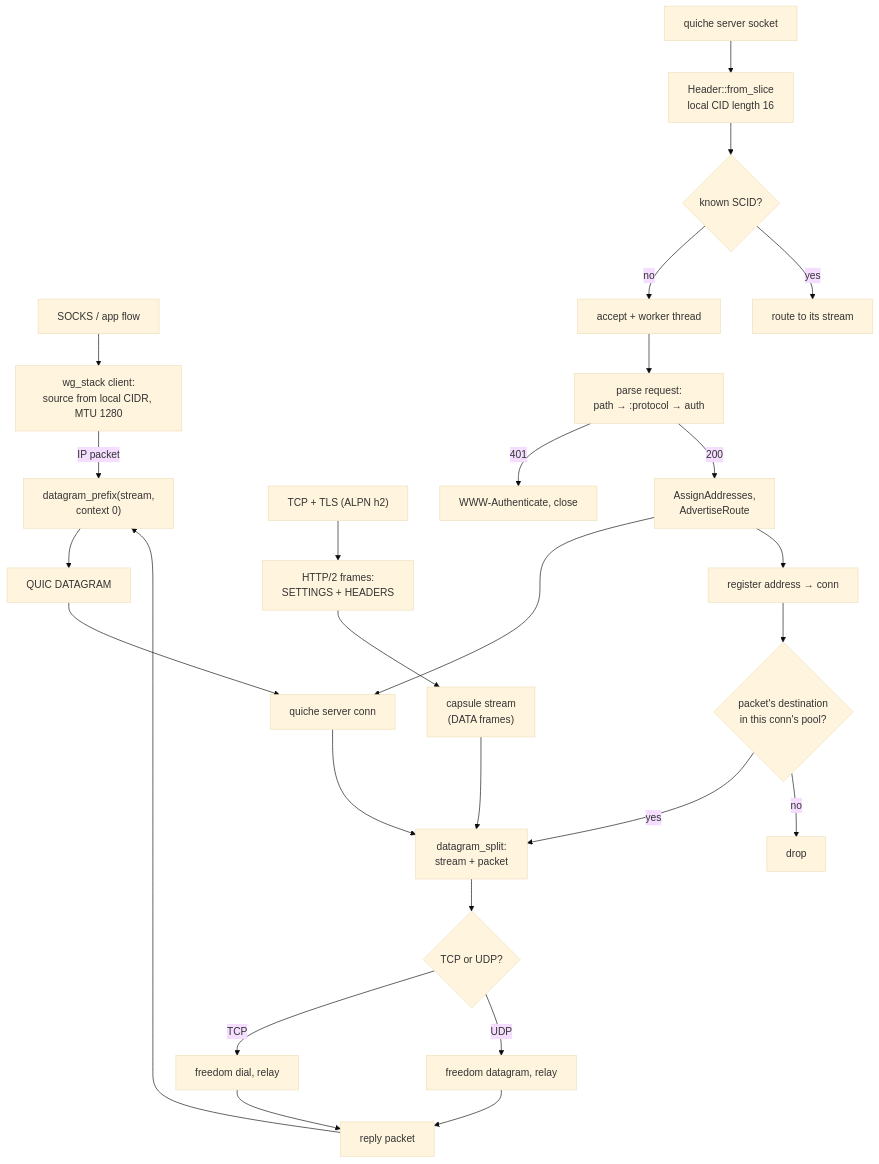
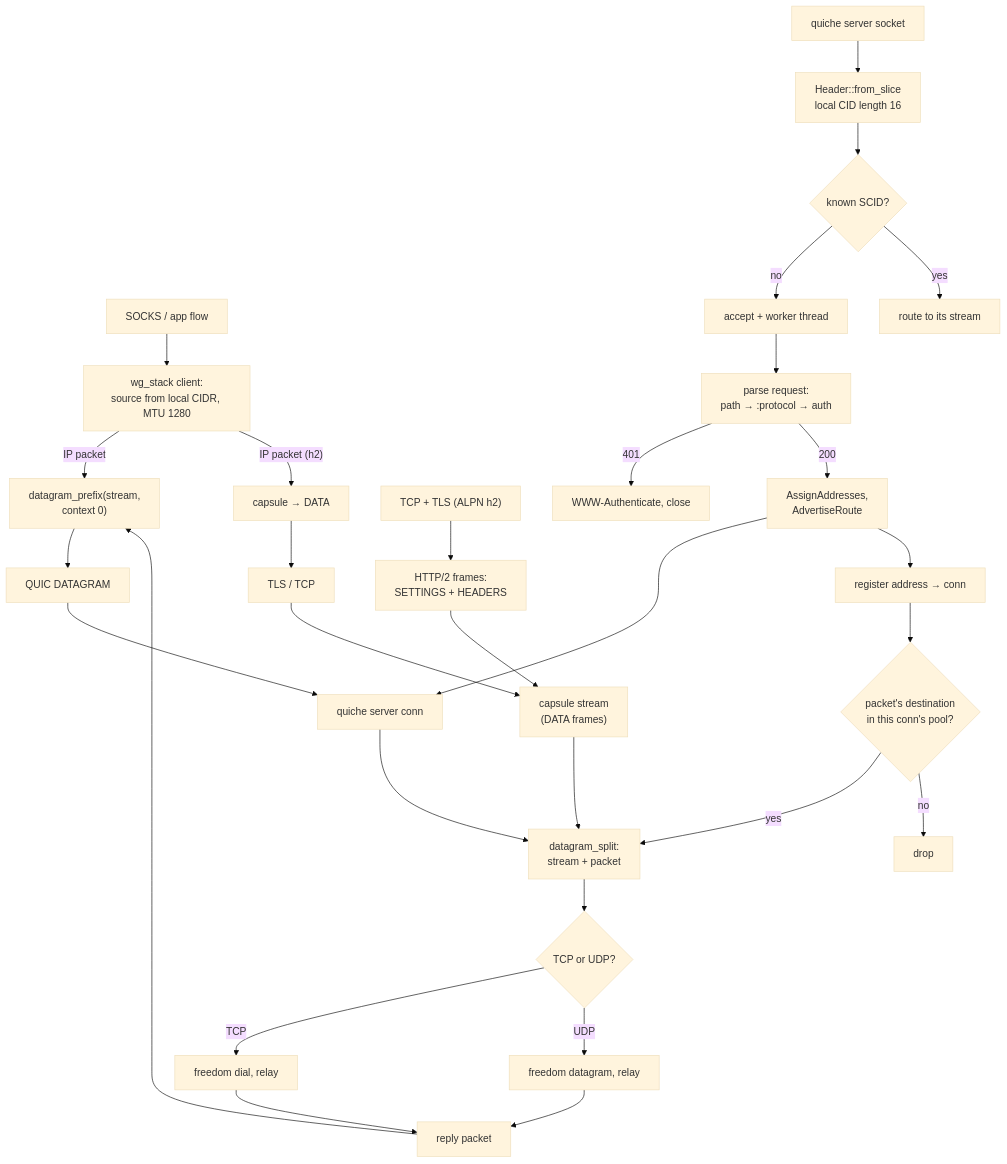
Before and after one commit to Ferrocite/ferrox: the diagram in docs/function/carrier-masque.md, drawn with Mermaid (base theme). The commit also changed other lines of this file and 6 other files, not shown here.

````diff
--- a/docs/function/carrier-masque.md
+++ b/docs/function/carrier-masque.md
@@ -11,28 +11,31 @@
 ```mermaid
 graph TD
     A["SOCKS / app flow"] --> B["wg_stack client:<br/>source from local CIDR, MTU 1280"]
     B -- "IP packet" --> C["datagram_prefix(stream,<br/>context 0)"]
     C --> D["QUIC DATAGRAM"]
+    B -- "IP packet (h2)" --> HC["capsule → DATA"]
+    HC --> HT["TLS / TCP"]
+    HT --> H2S
     D --> E["quiche server conn"]
     E --> F["datagram_split:<br/>stream + packet"]
     H2["TCP + TLS (ALPN h2)"] --> H2F["HTTP/2 frames:<br/>SETTINGS + HEADERS"]
     H2F --> H2S["capsule stream<br/>(DATA frames)"]
     H2S --> F
     F --> G{"TCP or UDP?"}
     G -- TCP --> H["freedom dial, relay"]
     G -- UDP --> I["freedom datagram, relay"]
     H & I --> J["reply packet"]
     J --> C
     S["quiche server socket"] --> T["Header::from_slice<br/>local CID length 16"]
     T --> U{"known SCID?"}
     U -- no --> V["accept + worker thread"]
     U -- yes --> W["route to its stream"]
     V --> X["parse request:<br/>path → :protocol → auth"]
     X -- "401" --> Y["WWW-Authenticate, close"]
     X -- "200" --> Z["AssignAddresses,<br/>AdvertiseRoute"]
     Z --> E
     Z --> AA["register address → conn"]
     AA --> AB{"packet's destination<br/>in this conn's pool?"}
     AB -- yes --> F
     AB -- no --> AC["drop"]
 ```
````
